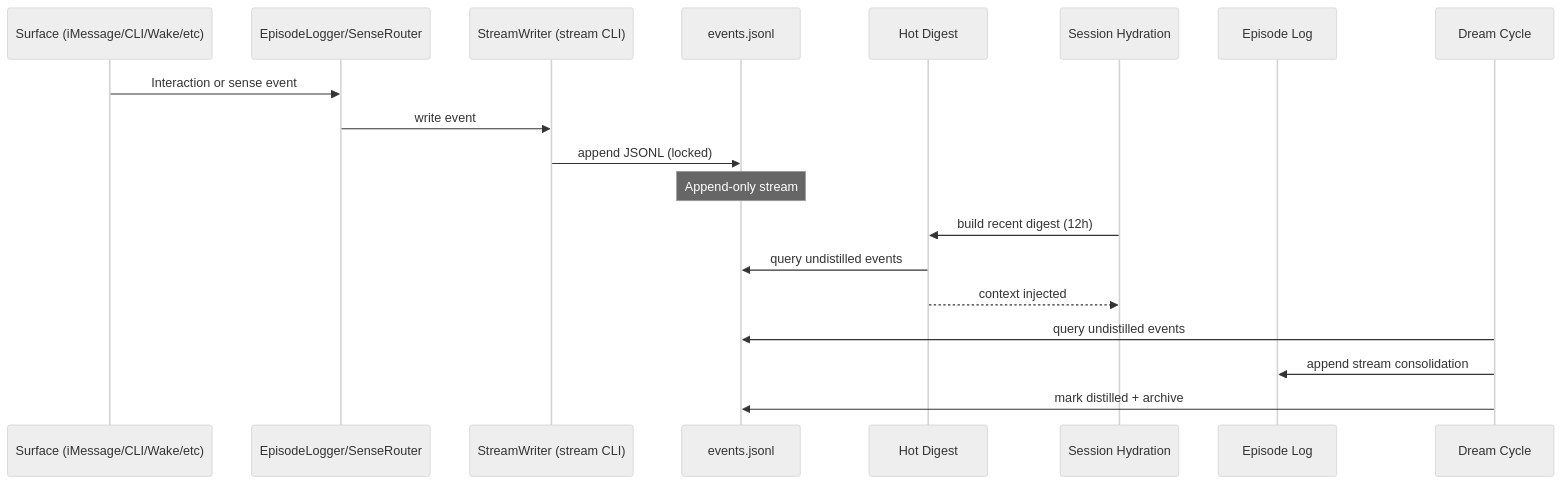
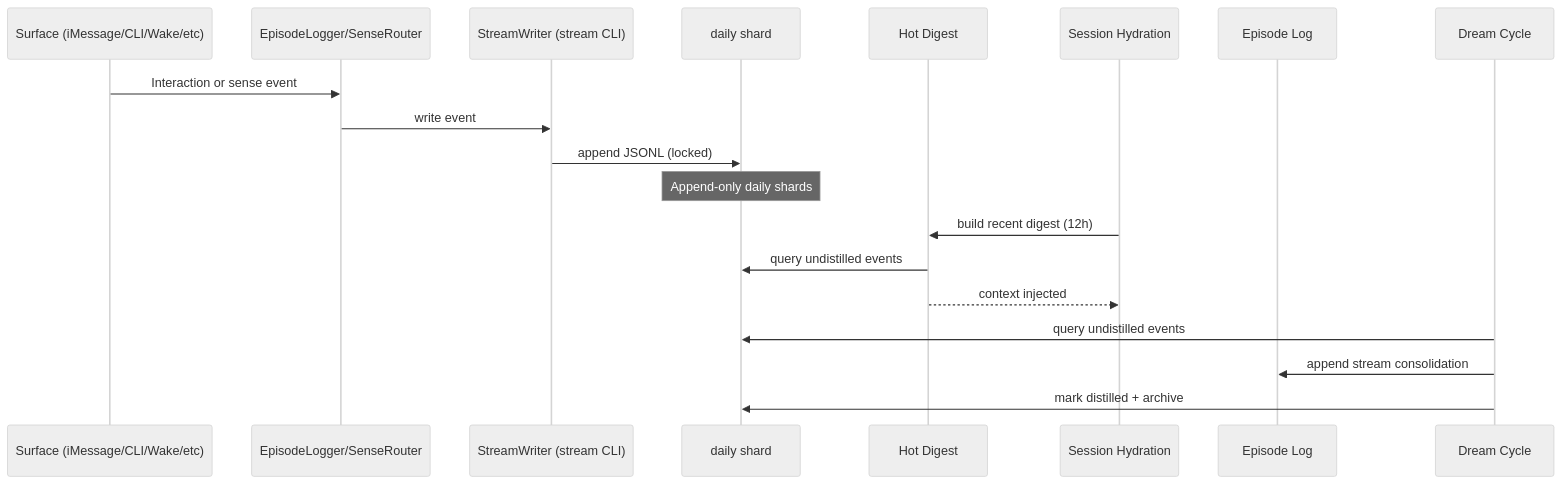
Before and after one commit to claudeaceae/samara-main: the diagram in docs/contiguous-memory-system.md, drawn with Mermaid (neutral theme). The commit also changed other lines of this file and 3 other files, not shown here.

````diff
--- a/docs/contiguous-memory-system.md
+++ b/docs/contiguous-memory-system.md
@@ -35,24 +35,24 @@
 ```mermaid
 sequenceDiagram
     participant Surface as Surface (iMessage/CLI/Wake/etc)
     participant Logger as EpisodeLogger/SenseRouter
     participant Stream as StreamWriter (stream CLI)
-    participant Log as events.jsonl
+    participant Log as daily shard
     participant Digest as Hot Digest
     participant Session as Session Hydration
     participant Episode as Episode Log
     participant Dream as Dream Cycle
 
     Surface->>Logger: Interaction or sense event
     Logger->>Stream: write event
     Stream->>Log: append JSONL (locked)
-    Note over Log: Append-only stream
+    Note over Log: Append-only daily shards
 
     Session->>Digest: build recent digest (12h)
     Digest->>Log: query undistilled events
     Digest-->>Session: context injected
 
     Dream->>Log: query undistilled events
     Dream->>Episode: append stream consolidation
     Dream->>Log: mark distilled + archive
 ```
````
